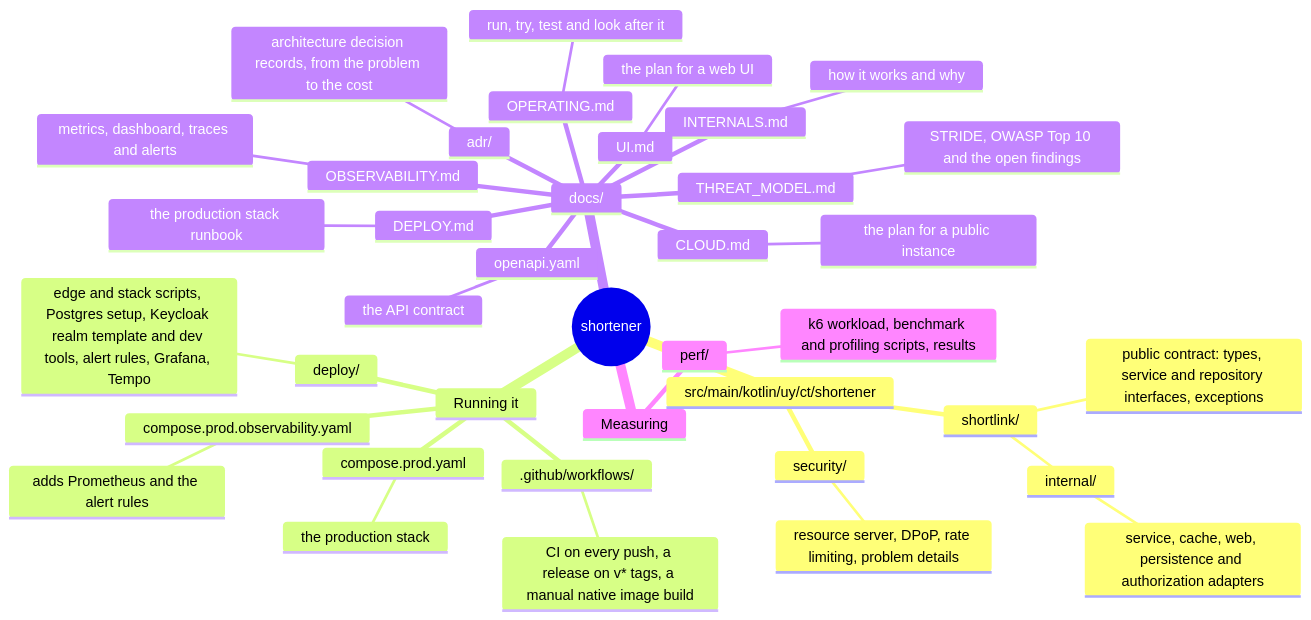
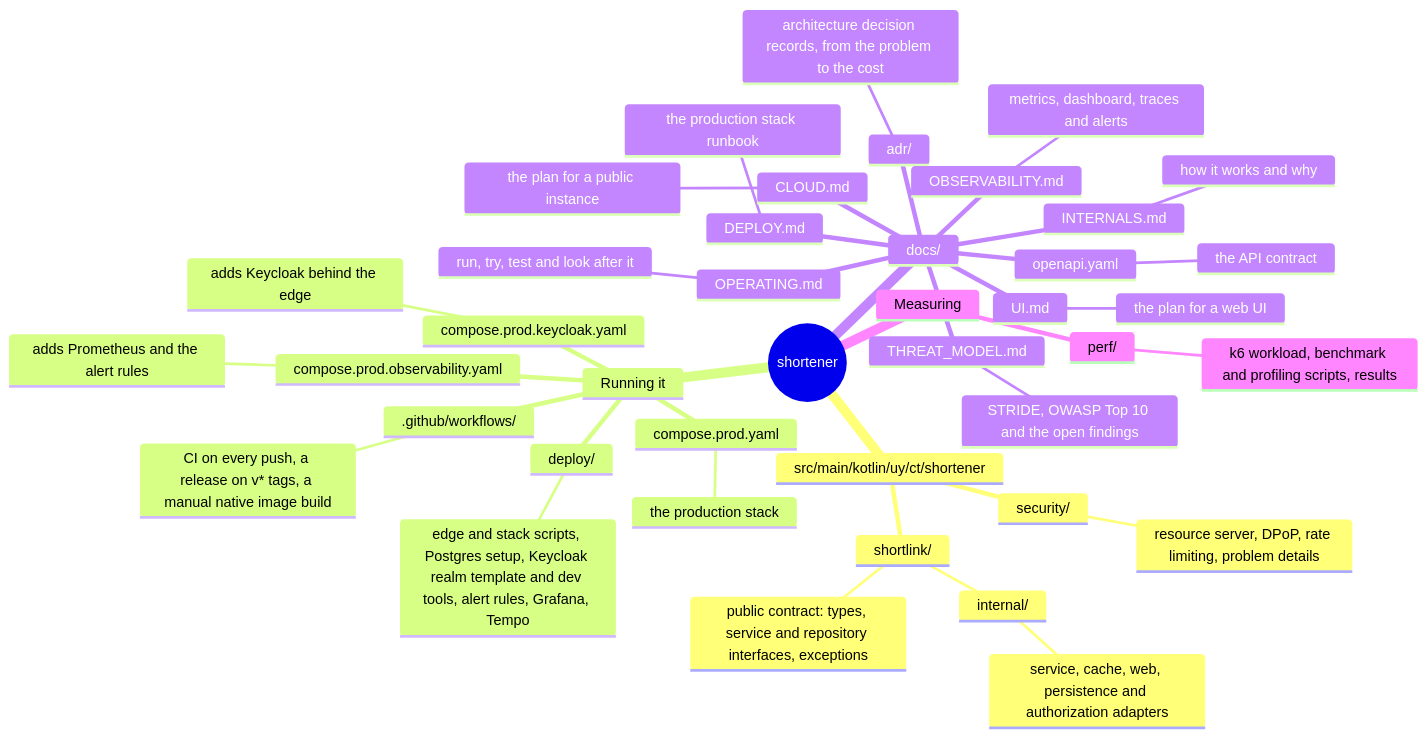
The diagram in README.md (christ008/shortener), drawn with Mermaid before and after one commit. The commit also changed other lines of this file and 19 other files, not shown here.

````diff
--- a/README.md
+++ b/README.md
@@ -134,42 +135,44 @@
 ```mermaid
 mindmap
   root((shortener))
     src/main/kotlin/uy/ct/shortener
       shortlink/
         public contract: types, service and repository interfaces, exceptions
         internal/
           service, cache, web, persistence and authorization adapters
       security/
         resource server, DPoP, rate limiting, problem details
     Running it
       compose.prod.yaml
         the production stack
       compose.prod.observability.yaml
         adds Prometheus and the alert rules
+      compose.prod.keycloak.yaml
+        adds Keycloak behind the edge
       deploy/
         edge and stack scripts, Postgres setup, Keycloak realm template and dev tools, alert rules, Grafana, Tempo
       .github/workflows/
         CI on every push, a release on v* tags, a manual native image build
     docs/
       OPERATING.md
         run, try, test and look after it
       INTERNALS.md
         how it works and why
       adr/
         architecture decision records, from the problem to the cost
       THREAT_MODEL.md
         STRIDE, OWASP Top 10 and the open findings
       DEPLOY.md
         the production stack runbook
       CLOUD.md
         the plan for a public instance
       OBSERVABILITY.md
         metrics, dashboard, traces and alerts
       openapi.yaml
         the API contract
       UI.md
         the plan for a web UI
     Measuring
       perf/
         k6 workload, benchmark and profiling scripts, results
 ```
````
